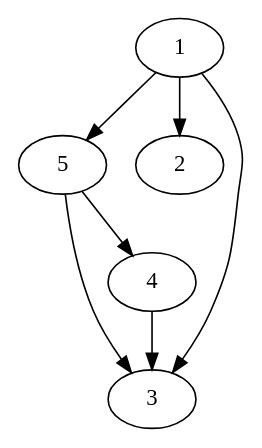
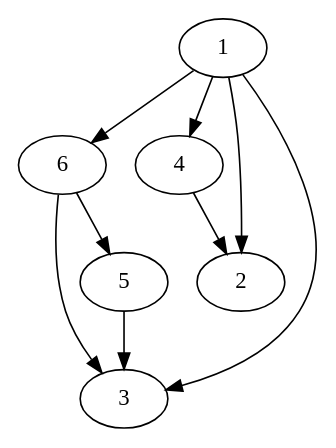
Before and after one commit to lifelike/gamebookformat: the diagram in expected/format.dot, drawn with Graphviz. The commit also changed 11 other files, not shown here.

```diff
--- a/expected/format.dot
+++ b/expected/format.dot
@@ -1,8 +1,10 @@
 digraph gamebook {
-1->5
+1->6
+1->4
 1->2
 1->3
-  4->3
- 5->4
+  4->2
 5->3
+ 6->5
+6->3
 }
```
